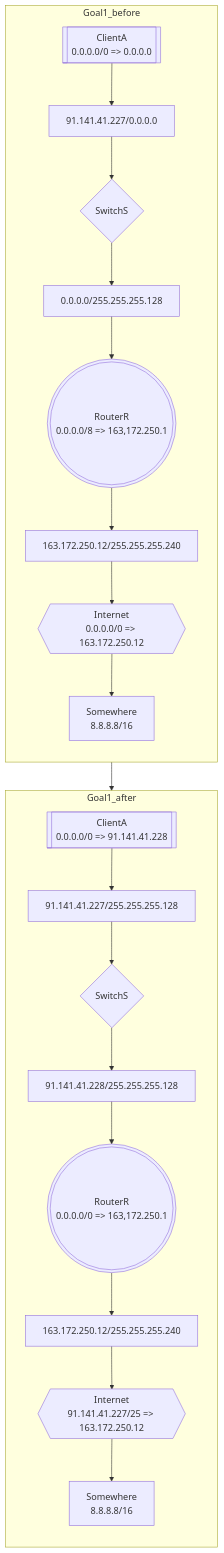
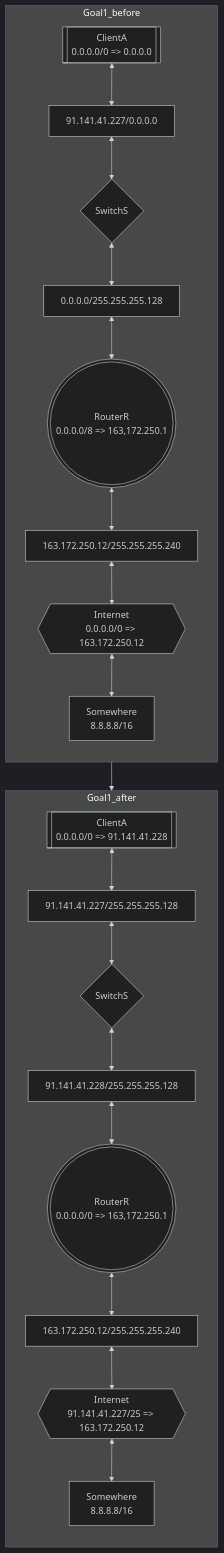
Before and after one commit to rikeda-cloud/net_practice: the second of 2 diagrams in level6.md, drawn with Mermaid. The commit also changed other lines of this file and 9 other files, not shown here.

````diff
--- a/level6.md
+++ b/level6.md
@@ -38,29 +30,30 @@
 ```mermaid
+%%{init:{'theme': 'dark'}}%%
 flowchart
 Goal1_before-->Goal1_after
 subgraph Goal1_before
     direction TB
     BE_CL_A[[ClientA<br>0.0.0.0/0 => 0.0.0.0]]
     BE_RR(((RouterR<br>0.0.0.0/8 => 163,172.250.1)))
     BE_IF_A[91.141.41.227/0.0.0.0]
     BE_IF_R1[0.0.0.0/255.255.255.128]
     BE_IF_R2[163.172.250.12/255.255.255.240]
     BE_IF_S[Somewhere<br>8.8.8.8/16]
     BE_S{SwitchS}
     BE_NET{{Internet<br>0.0.0.0/0 => 163.172.250.12}}
-    BE_CL_A-->BE_IF_A-->BE_S-->BE_IF_R1-->BE_RR-->BE_IF_R2-->BE_NET-->BE_IF_S   
+    BE_CL_A<-->BE_IF_A<-->BE_S<-->BE_IF_R1<-->BE_RR<-->BE_IF_R2<-->BE_NET<-->BE_IF_S   
 end
 
 subgraph Goal1_after
     direction TB
     AF_RR(((RouterR<br>0.0.0.0/0 => 163,172.250.1)))
     AF_CL_A[[ClientA<br>0.0.0.0/0 => 91.141.41.228]]
     AF_IF_A[91.141.41.227/255.255.255.128]
     AF_IF_R1[91.141.41.228/255.255.255.128]
     AF_IF_R2[163.172.250.12/255.255.255.240]
     AF_IF_S[Somewhere<br>8.8.8.8/16]
     AF_S{SwitchS}
     AF_NET{{Internet<br>91.141.41.227/25 => 163.172.250.12}}
-    AF_CL_A-->AF_IF_A-->AF_S-->AF_IF_R1-->AF_RR-->AF_IF_R2-->AF_NET-->AF_IF_S   
+    AF_CL_A<-->AF_IF_A<-->AF_S<-->AF_IF_R1<-->AF_RR<-->AF_IF_R2<-->AF_NET<-->AF_IF_S   
 end
 ```
````
